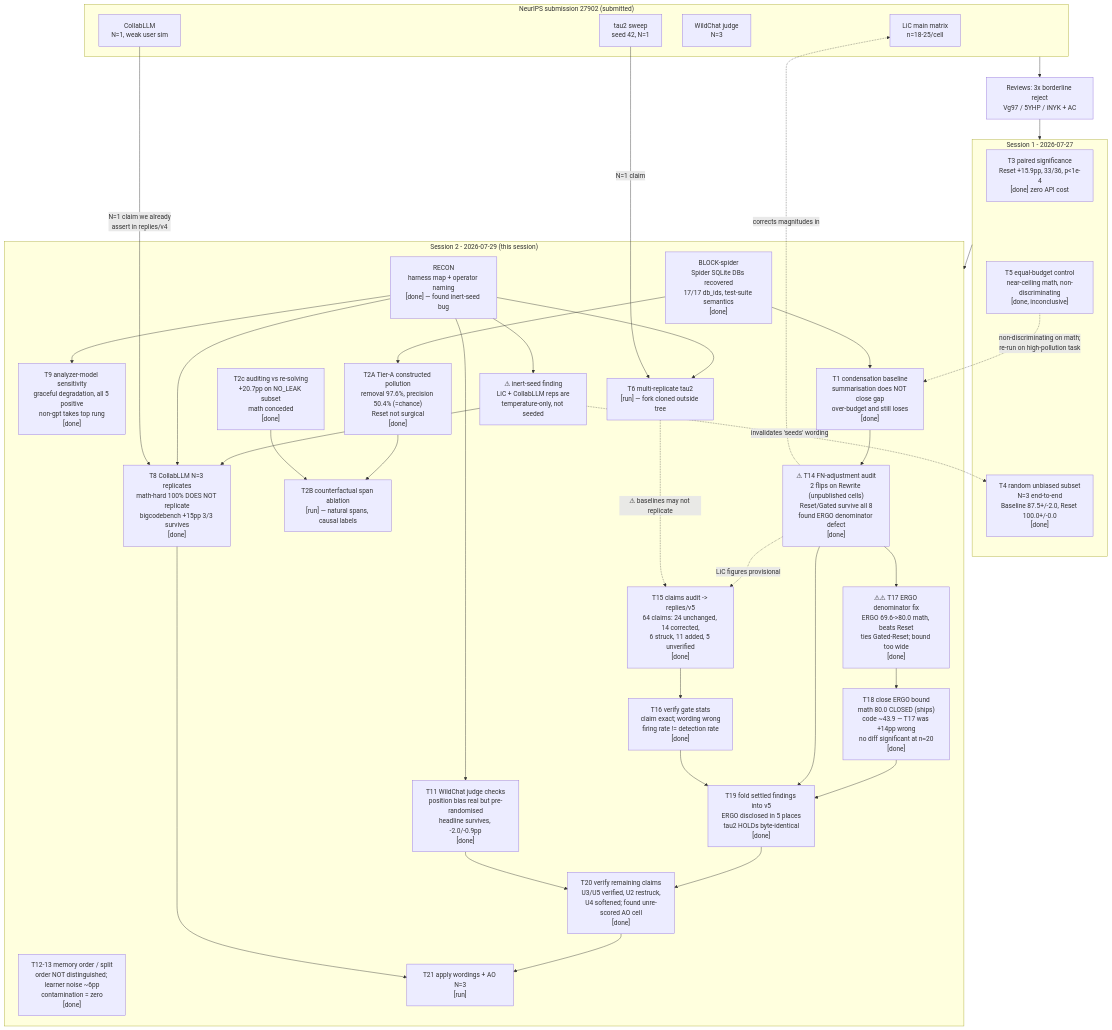
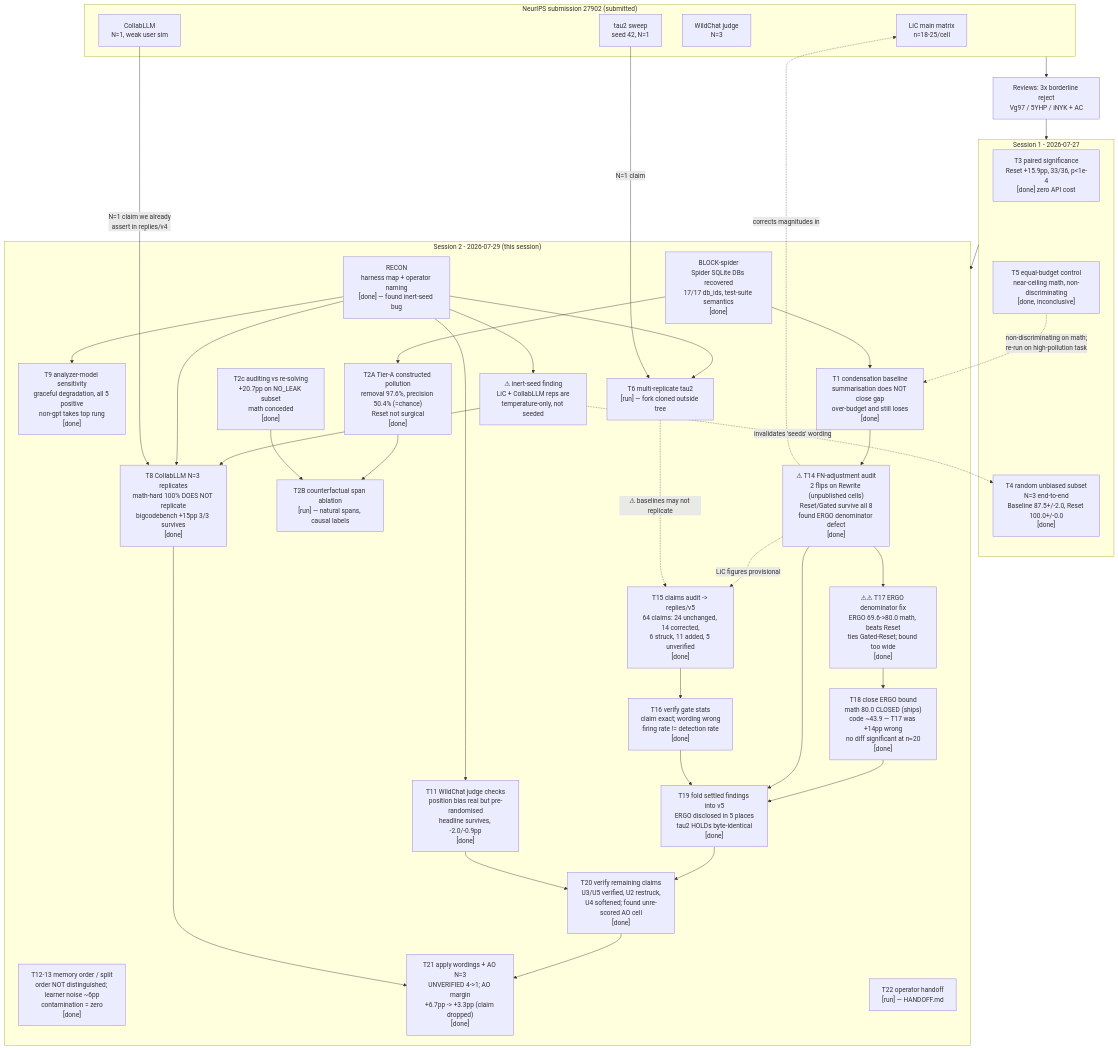
Before and after one commit to matt-seb-ho/ctx_editor: the diagram in neurips_review/autoresearch/PROVENANCE.md, drawn with Mermaid. The commit also changed other lines of this file and 3 other files, not shown here.

Commit message:
feat(rebuttal): T21 — AO N=3 dissolves Reset-over-AO margin; dispatch T22 handoff

````diff
--- a/neurips_review/autoresearch/PROVENANCE.md
+++ b/neurips_review/autoresearch/PROVENANCE.md
@@ -11,73 +11,74 @@
 ```mermaid
 graph TD
   subgraph PAPER["NeurIPS submission 27902 (submitted)"]
     P0["LiC main matrix<br/>n=18-25/cell"]
     P1["tau2 sweep<br/>seed 42, N=1"]
     P2["WildChat judge<br/>N=3"]
     P3["CollabLLM<br/>N=1, weak user sim"]
   end
 
   R["Reviews: 3x borderline reject<br/>Vg97 / 5YHP / iNYK + AC"]
   PAPER --> R
 
   subgraph S1["Session 1 - 2026-07-27"]
     T3["T3 paired significance<br/>Reset +15.9pp, 33/36, p&lt;1e-4<br/>[done] zero API cost"]
     T4["T4 random unbiased subset<br/>N=3 end-to-end<br/>Baseline 87.5+/-2.0, Reset 100.0+/-0.0<br/>[done]"]
     T5["T5 equal-budget control<br/>near-ceiling math, non-discriminating<br/>[done, inconclusive]"]
   end
   R --> S1
 
   subgraph S2["Session 2 - 2026-07-29 (this session)"]
     BLK["BLOCK-spider<br/>Spider SQLite DBs recovered<br/>17/17 db_ids, test-suite semantics<br/>[done]"]
     RC["RECON<br/>harness map + operator naming<br/>[done] — found inert-seed bug"]
     T8["T8 CollabLLM N=3 replicates<br/>math-hard 100% DOES NOT replicate<br/>bigcodebench +15pp 3/3 survives<br/>[done]"]
     T9["T9 analyzer-model sensitivity<br/>graceful degradation, all 5 positive<br/>non-gpt takes top rung<br/>[done]"]
     T2A["T2A Tier-A constructed pollution<br/>removal 97.6%, precision 50.4% (=chance)<br/>Reset not surgical<br/>[done]"]
     T2C["T2c auditing vs re-solving<br/>+20.7pp on NO_LEAK subset<br/>math conceded<br/>[done]"]
     T1["T1 condensation baseline<br/>summarisation does NOT close gap<br/>over-budget and still loses<br/>[done]"]
     T11["T11 WildChat judge checks<br/>position bias real but pre-randomised<br/>headline survives, -2.0/-0.9pp<br/>[done]"]
     T12["T12-13 memory order / split<br/>order NOT distinguished; learner noise ~6pp<br/>contamination = zero<br/>[done]"]
     T6["T6 multi-replicate tau2<br/>[run] — fork cloned outside tree"]
     T2B["T2B counterfactual span ablation<br/>[run] — natural spans, causal labels"]
     T15["T15 claims audit -> replies/v5<br/>64 claims: 24 unchanged, 14 corrected,<br/>6 struck, 11 added, 5 unverified<br/>[done]"]
     T16["T16 verify gate stats<br/>claim exact; wording wrong<br/>firing rate != detection rate<br/>[done]"]
     T14["⚠ T14 FN-adjustment audit<br/>2 flips on Rewrite (unpublished cells)<br/>Reset/Gated survive all 8<br/>found ERGO denominator defect<br/>[done]"]
     T17["⚠⚠ T17 ERGO denominator fix<br/>ERGO 69.6->80.0 math, beats Reset<br/>ties Gated-Reset; bound too wide<br/>[done]"]
     T18["T18 close ERGO bound<br/>math 80.0 CLOSED (ships)<br/>code ~43.9 — T17 was +14pp wrong<br/>no diff significant at n≈20<br/>[done]"]
     T19["T19 fold settled findings into v5<br/>ERGO disclosed in 5 places<br/>tau2 HOLDs byte-identical<br/>[done]"]
     T20["T20 verify remaining claims<br/>U3/U5 verified, U2 restruck,<br/>U4 softened; found unre-scored AO cell<br/>[done]"]
-    T21["T21 apply wordings + AO N=3<br/>[run]"]
+    T21["T21 apply wordings + AO N=3<br/>UNVERIFIED 4->1; AO margin<br/>+6.7pp -> +3.3pp (claim dropped)<br/>[done]"]
+    T22["T22 operator handoff<br/>[run] — HANDOFF.md"]
     SEED["⚠ inert-seed finding<br/>LiC + CollabLLM reps are<br/>temperature-only, not seeded"]
   end
   S1 --> S2
 
   RC --> SEED
   SEED -.->|"invalidates 'seeds' wording"| T4
   SEED --> T8
   RC --> T8
   RC --> T9
   RC --> T6
   RC --> T11
   BLK --> T1
   BLK --> T2A
   T5 -.->|"non-discriminating on math;<br/>re-run on high-pollution task"| T1
   T2A --> T2B
   T2C --> T2B
   T1 --> T14
   T14 -.->|"LiC figures provisional"| T15
   T14 --> T17
   T17 --> T18
   T18 --> T19
   T19 --> T20
   T20 --> T21
   T8 --> T21
   T11 --> T20
   T14 --> T19
   T16 --> T19
   T6 -.->|"⚠ baselines may not replicate"| T15
   T15 --> T16
   T14 -.->|"corrects magnitudes in"| P0
 
   P3 -->|"N=1 claim we already<br/>assert in replies/v4"| T8
   P1 -->|"N=1 claim"| T6
 ```
````
